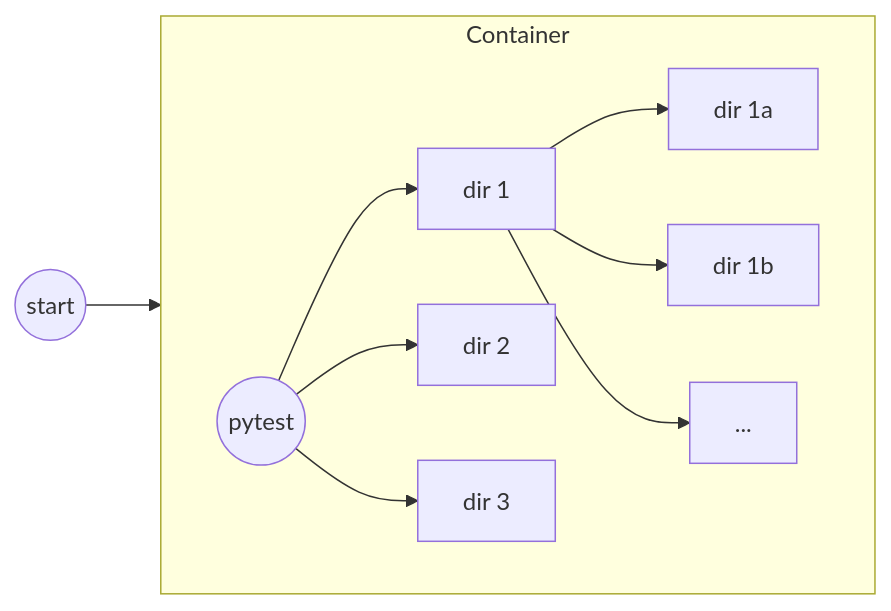
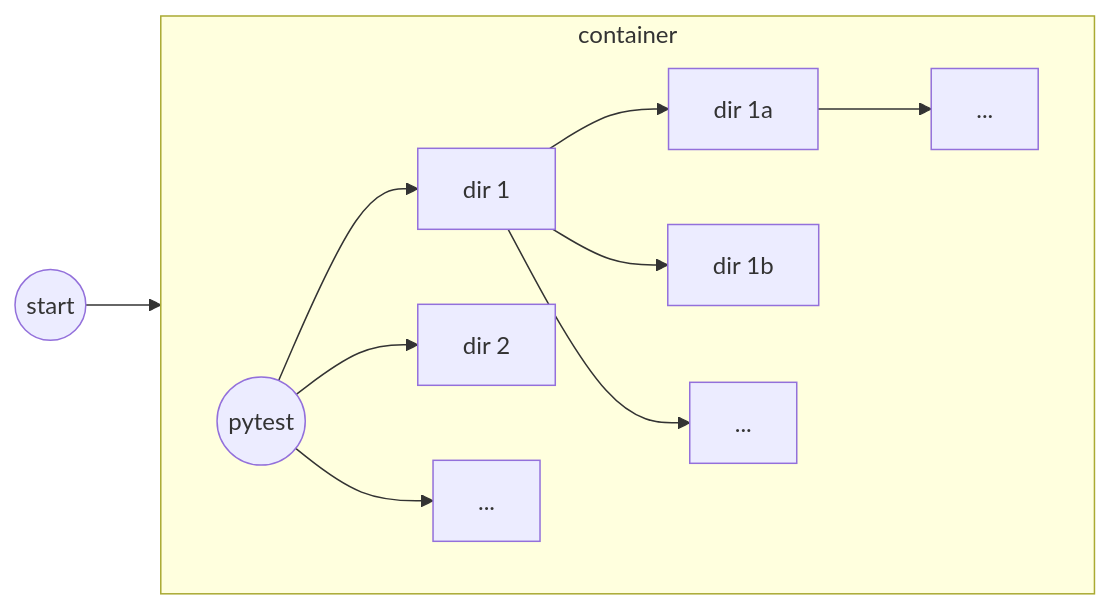
The fourth of 6 diagrams in docs/work_tools/all.runnable_repo.reference.md (causify-ai/helpers), drawn with Mermaid before and after one commit. The commit also changed other lines of this file, not shown here.

````diff
--- a/docs/work_tools/all.runnable_repo.reference.md
+++ b/docs/work_tools/all.runnable_repo.reference.md
@@ -216,15 +216,16 @@
 ```mermaid
 graph LR
   start((start))
   start --> container
-  subgraph container[Container]
+  subgraph container[container]
     direction LR
     pytest((pytest))
-    pytest --> dir1[dir 1]
-    dir1 --> dir1a[dir 1a]
-    dir1 --> dir1b[dir 1b]
-    dir1 --> dir1_other[...]
-    pytest --> dir2[dir 2]
-    pytest --> dir3[dir 3]
+    pytest --> dir_1[dir 1]
+    dir_1 --> dir_1a[dir 1a]
+    dir_1a --> dir_1a_others[...]
+    dir_1 --> dir_1b[dir 1b]
+    dir_1 --> dir_1_others[...]
+    pytest --> dir_2[dir 2]
+    pytest --> dir_others[...]
   end
 ```
````
